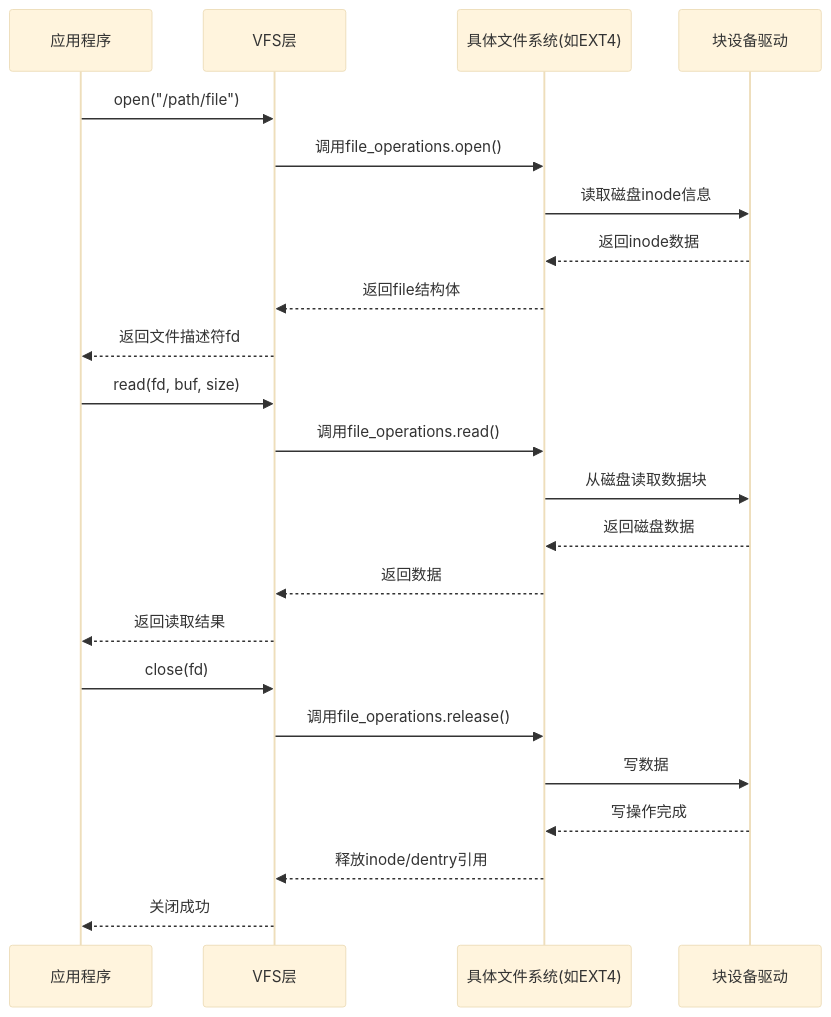
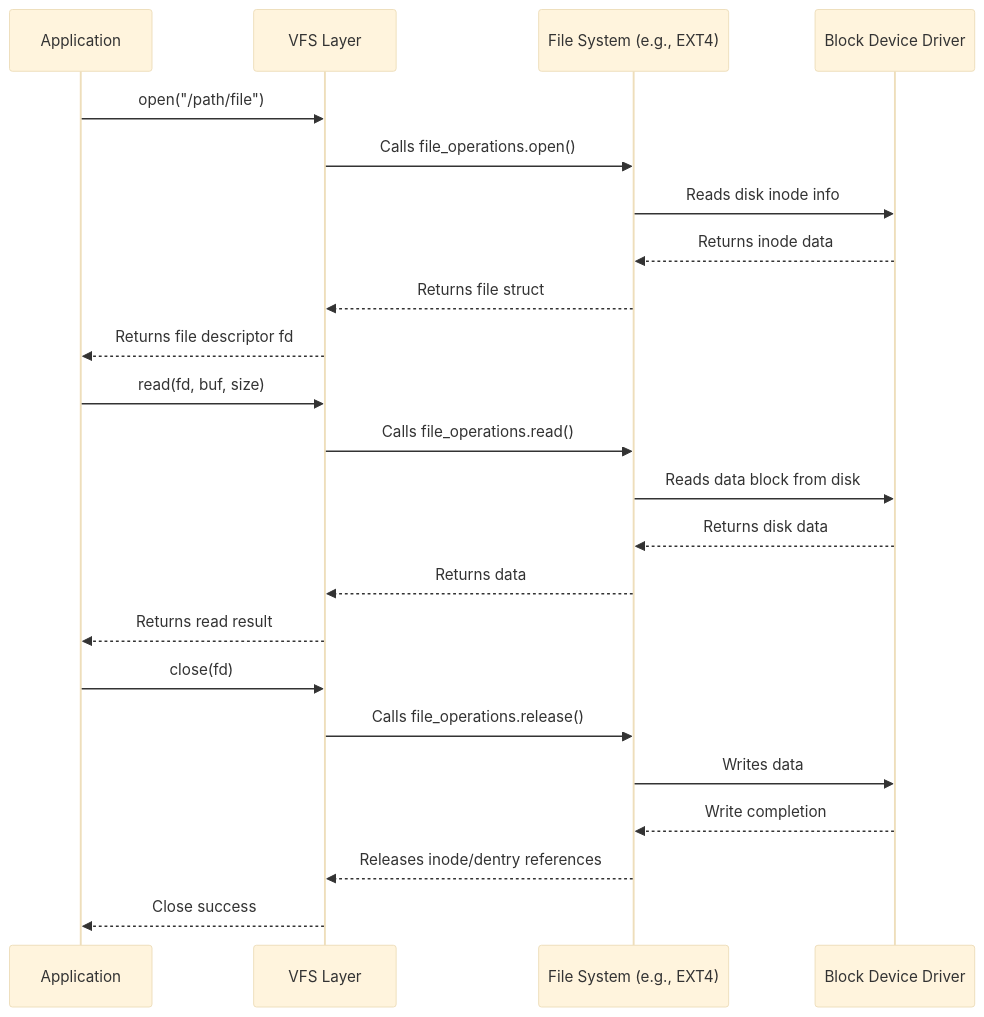
Before and after one commit to rk8s-dev/rk8s: the first of 5 diagrams in project/libfuse-fs/docs/tech.md, drawn with Mermaid (base theme). The commit also changed other lines of this file and 1 other file, not shown here.

````diff
--- a/project/libfuse-fs/docs/tech.md
+++ b/project/libfuse-fs/docs/tech.md
@@ -109,30 +109,30 @@
-```mermaid
-sequenceDiagram
-    participant App as 应用程序
-    participant VFS as VFS层
-    participant FS as 具体文件系统(如EXT4)
-    participant Driver as 块设备驱动
+```mermaid  
+sequenceDiagram  
+    participant App as Application  
+    participant VFS as VFS Layer  
+    participant FS as File System (e.g., EXT4)  
+    participant Driver as Block Device Driver  
 
-    App->>VFS: open("/path/file")
-    VFS->>FS: 调用file_operations.open()
-    FS->>Driver: 读取磁盘inode信息
-    Driver-->>FS: 返回inode数据
-    FS-->>VFS: 返回file结构体
-    VFS-->>App: 返回文件描述符fd
+    App->>VFS: open("/path/file")  
+    VFS->>FS: Calls file_operations.open()  
+    FS->>Driver: Reads disk inode info  
+    Driver-->>FS: Returns inode data  
+    FS-->>VFS: Returns file struct  
+    VFS-->>App: Returns file descriptor fd  
 
-    App->>VFS: read(fd, buf, size)
-    VFS->>FS: 调用file_operations.read()
+    App->>VFS: read(fd, buf, size)  
+    VFS->>FS: Calls file_operations.read()  
 
-    FS->>Driver: 从磁盘读取数据块
-    Driver-->>FS: 返回磁盘数据
-    FS-->>VFS: 返回数据
+    FS->>Driver: Reads data block from disk  
+    Driver-->>FS: Returns disk data  
+    FS-->>VFS: Returns data  
 
-    VFS-->>App: 返回读取结果
+    VFS-->>App: Returns read result  
 
-    App->>VFS: close(fd)
-    VFS->>FS: 调用file_operations.release()
-    FS->>Driver: 写数据
-    Driver-->>FS: 写操作完成
-    FS-->>VFS: 释放inode/dentry引用
-    VFS-->>App: 关闭成功
-```
+    App->>VFS: close(fd)  
+    VFS->>FS: Calls file_operations.release()  
+    FS->>Driver: Writes data  
+    Driver-->>FS: Write completion  
+    FS-->>VFS: Releases inode/dentry references  
+    VFS-->>App: Close success  
+```  
````
